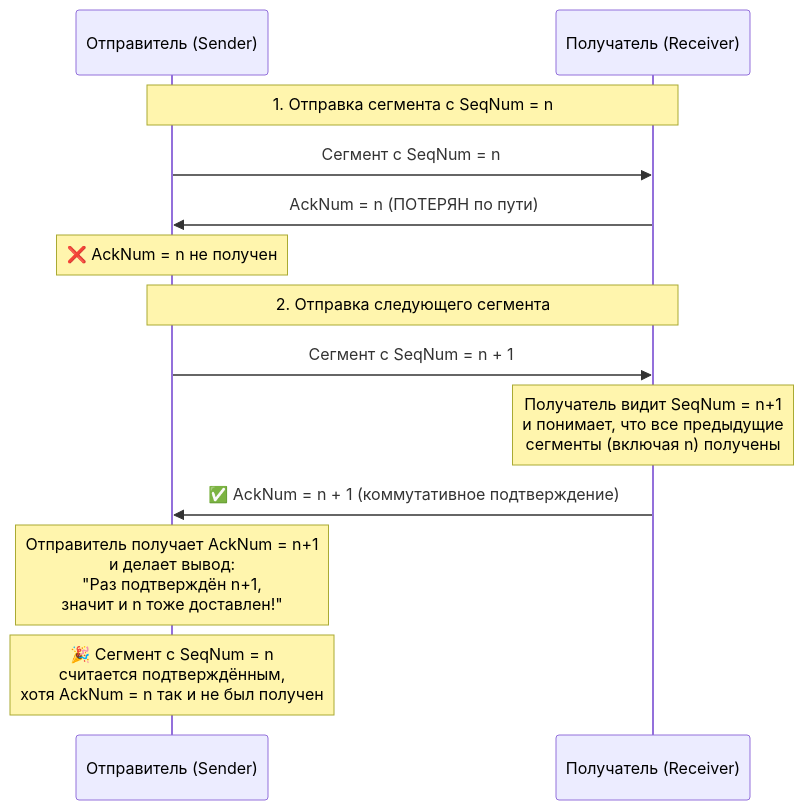
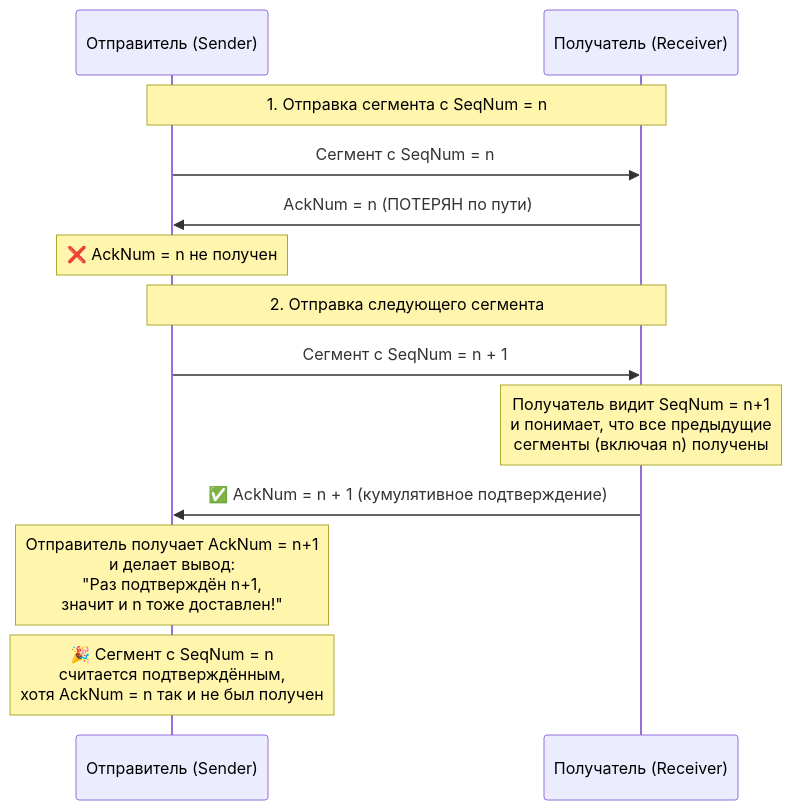
Before and after one commit to nhtgale/itn: the first of 2 diagrams in 1.8 Transport Layer/1.8 Transport Layer.md, drawn with Mermaid. The commit also changed other lines of this file and 3 other files, not shown here.

````diff
--- a/1.8 Transport Layer/1.8 Transport Layer.md
+++ b/1.8 Transport Layer/1.8 Transport Layer.md
@@ -222,21 +222,21 @@
 ```mermaid
 sequenceDiagram
     participant S as Отправитель (Sender)
     participant R as Получатель (Receiver)
     
     Note over S,R: 1. Отправка сегмента с SeqNum = n
     S->>R: Сегмент с SeqNum = n
     R->>S: AckNum = n (ПОТЕРЯН по пути)
     Note over S: ❌ AckNum = n не получен
     
     Note over S,R: 2. Отправка следующего сегмента
     S->>R: Сегмент с SeqNum = n + 1
     
     Note over R: Получатель видит SeqNum = n+1<br/>и понимает, что все предыдущие<br/>сегменты (включая n) получены
     
-    R->>S: ✅ AckNum = n + 1 (коммутативное подтверждение)
+    R->>S: ✅ AckNum = n + 1 (кумулятивное подтверждение)
     
     Note over S: Отправитель получает AckNum = n+1<br/>и делает вывод:<br/>"Раз подтверждён n+1,<br/>значит и n тоже доставлен!"
     
     Note over S: 🎉 Сегмент с SeqNum = n<br/>считается подтверждённым,<br/>хотя AckNum = n так и не был получен
 ```
````
